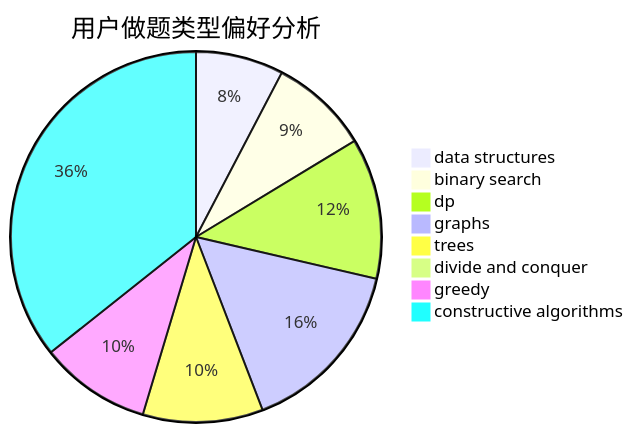
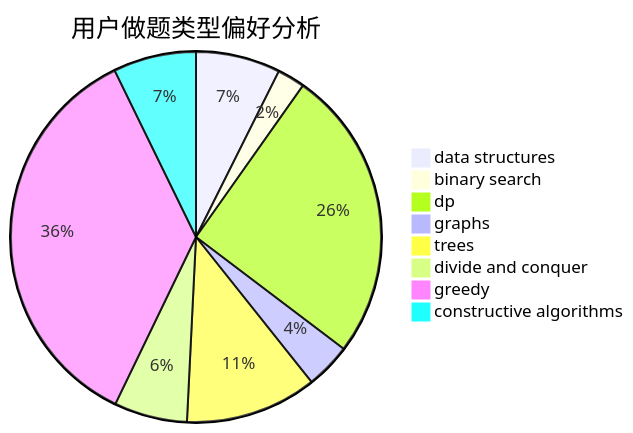
Before and after one commit to sherpahu/cfrs.github.io: the second of 3 diagrams in docs/user/u651.md, drawn with Mermaid. The commit also changed other lines of this file and 2770 other files, not shown here.

````diff
--- a/docs/user/u651.md
+++ b/docs/user/u651.md
@@ -23,11 +23,11 @@
 ```mermaid
 pie title 用户做题类型偏好分析
-    "data structures" :  38
-    "binary search" :  43
-    "dp" :  61
-    "graphs" :  77
-    "trees" :  52
-    "divide and conquer" :  0
-    "greedy" :  48
-    "constructive algorithms" :  177
+    "data structures" :  52
+    "binary search" :  17
+    "dp" :  180
+    "graphs" :  28
+    "trees" :  81
+    "divide and conquer" :  45
+    "greedy" :  251
+    "constructive algorithms" :  51
 ```
````
